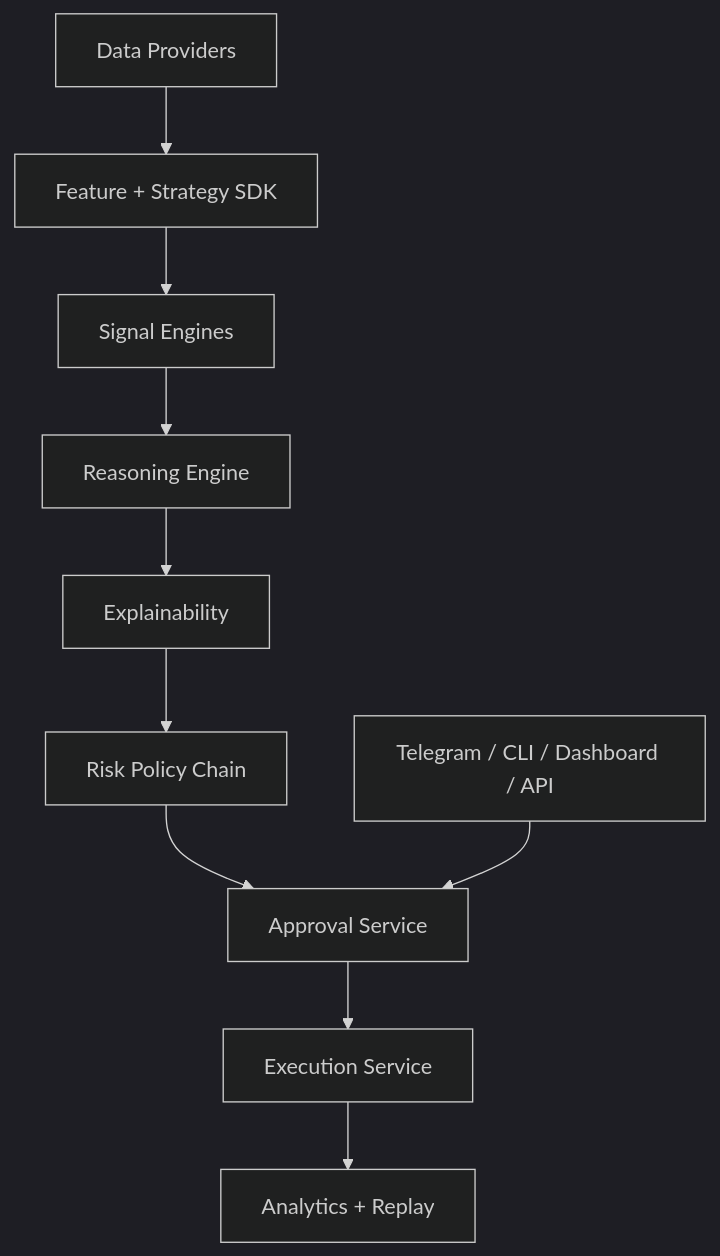
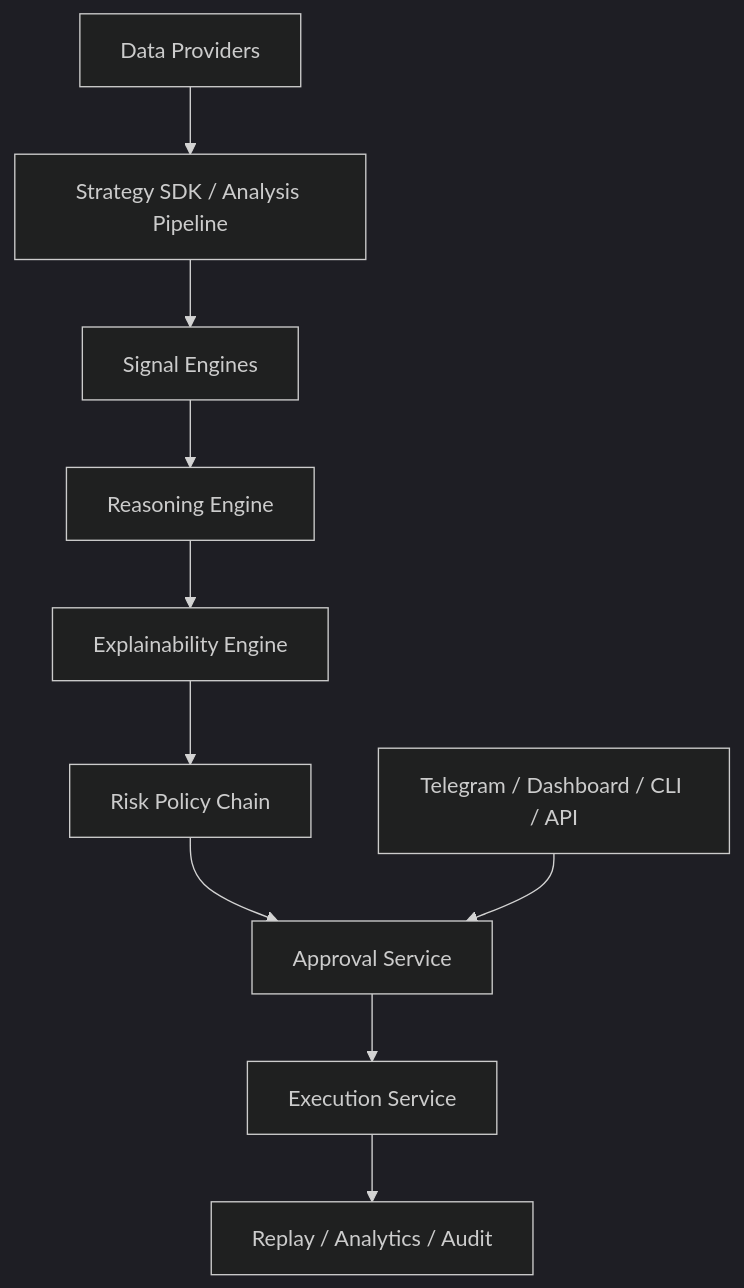
The diagram in docs/architecture.md (adaline-ankit/ai-trading-framework), drawn with Mermaid (dark theme) before and after one commit. The commit also changed other lines of this file and 3 other files, not shown here.

````diff
--- a/docs/architecture.md
+++ b/docs/architecture.md
@@ -3,12 +7,12 @@
 ```mermaid
 flowchart TD
-    A["Data Providers"] --> B["Feature + Strategy SDK"]
+    A["Data Providers"] --> B["Strategy SDK / Analysis Pipeline"]
     B --> C["Signal Engines"]
     C --> D["Reasoning Engine"]
-    D --> E["Explainability"]
+    D --> E["Explainability Engine"]
     E --> F["Risk Policy Chain"]
     F --> G["Approval Service"]
     G --> H["Execution Service"]
-    H --> I["Analytics + Replay"]
-    J["Telegram / CLI / Dashboard / API"] --> G
+    H --> I["Replay / Analytics / Audit"]
+    J["Telegram / Dashboard / CLI / API"] --> G
 ```
````
